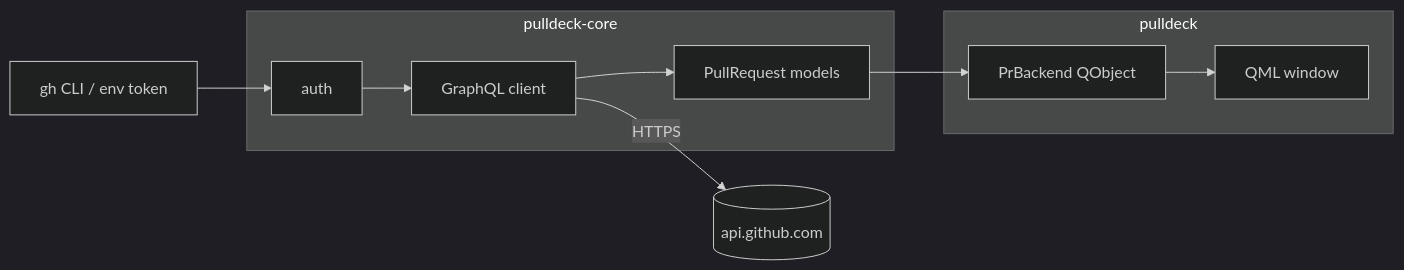
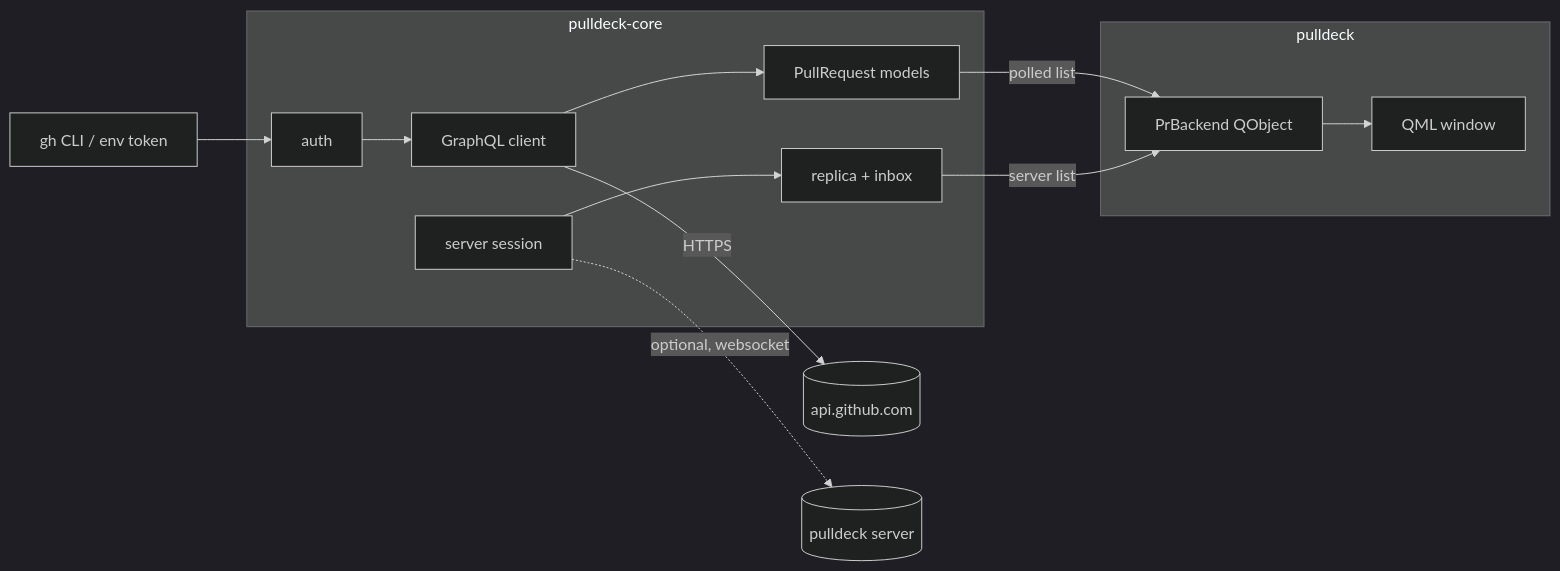
The diagram in README.md (bootswithdefer/pulldeck), drawn with Mermaid (dark theme) before and after one commit. The commit also changed other lines of this file, not shown here.

First line of the commit message:
docs: describe the optional server and the merged list in the README

````diff
--- a/README.md
+++ b/README.md
@@ -89,13 +102,16 @@
 ```mermaid
 flowchart LR
     gh[gh CLI / env token] --> auth
     subgraph core [pulldeck-core]
         auth --> client[GraphQL client]
         client --> models[PullRequest models]
+        session[server session] --> replica[replica + inbox]
     end
     subgraph app [pulldeck]
         backend[PrBackend QObject] --> qml[QML window]
     end
-    models --> backend
+    models -- polled list --> backend
+    replica -- server list --> backend
     client -- HTTPS --> api[(api.github.com)]
+    session -. optional, websocket .-> srv[(pulldeck server)]
 ```
````
